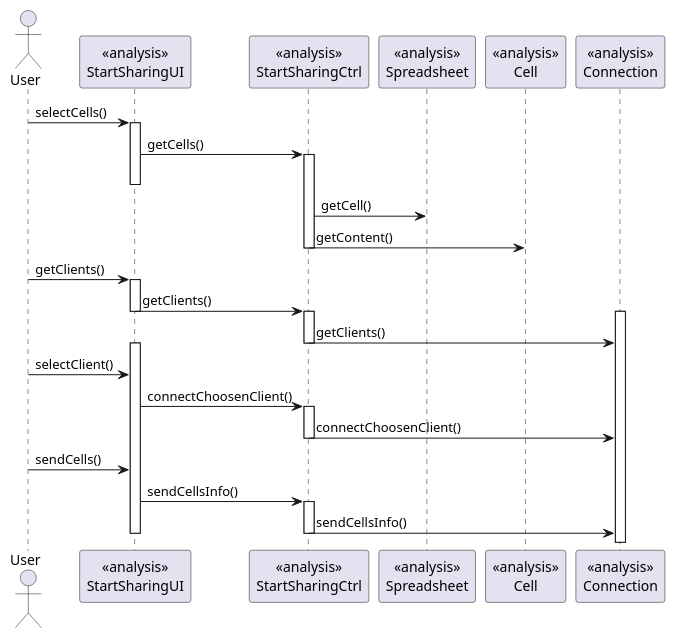
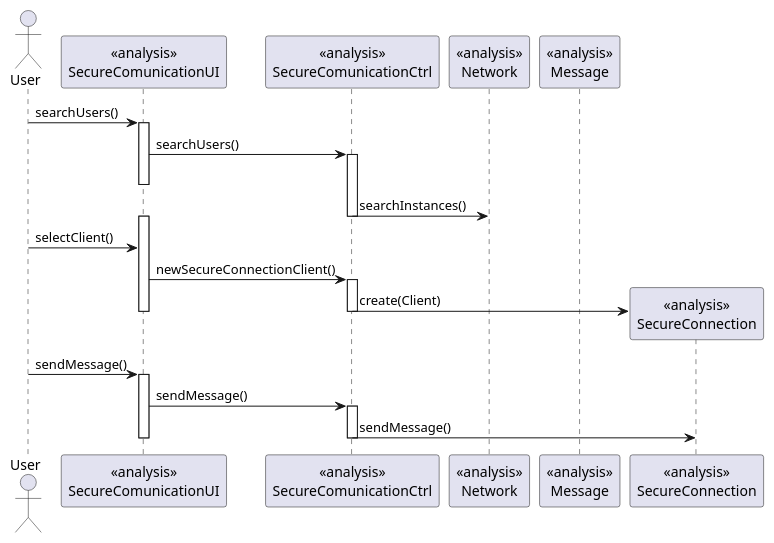
Before and after one commit to 1130348/Confusao: the diagram in src/csheets/userstories/ipc06_01/secure_comunication/i130616/ipc_06_01_analysis.puml, drawn with PlantUML. The commit also changed 1 other file, not shown here.

```diff
--- a/src/csheets/userstories/ipc06_01/secure_comunication/i130616/ipc_06_01_analysis.puml
+++ b/src/csheets/userstories/ipc06_01/secure_comunication/i130616/ipc_06_01_analysis.puml
@@ -1,37 +1,31 @@
-  @startuml doc-files/ipc01_01_analysis.png
+  @startuml doc-files/ipc06_01_analysis.png
   actor User
-  participant "<<analysis>>\nStartSharingUI" as UI
-  participant "<<analysis>>\nStartSharingCtrl" as ctrl
-  participant "<<analysis>>\nSpreadsheet" as sheet
-  participant "<<analysis>>\nCell" as cell
-  participant "<<analysis>>\nConnection" as connect
-  User -> UI : selectCells()
+  participant "<<analysis>>\nSecureComunicationUI" as UI
+  participant "<<analysis>>\nSecureComunicationCtrl" as ctrl
+  participant "<<analysis>>\nNetwork" as net
+  participant "<<analysis>>\nMessage" as msg
+  participant "<<analysis>>\nSecureConnection" as connect
+  User -> UI : searchUsers()
   activate UI
-  UI -> ctrl : getCells()
+  UI -> ctrl : searchUsers()
   activate ctrl
   deactivate UI
-  ctrl -> sheet : getCell()
-  ctrl -> cell : getContent()
-  deactivate cell
-  deactivate ctrl
-  User -> UI : getClients()
-  activate UI
-  UI -> ctrl : getClients()
-  deactivate UI
-  activate ctrl
-  activate connect
-  ctrl -> connect : getClients()
+  ctrl -> net : searchInstances()
+  deactivate net
   deactivate ctrl
   activate UI
   User -> UI : selectClient()
-  UI -> ctrl : connectChoosenClient()
+  UI -> ctrl : newSecureConnectionClient()
   activate ctrl
-  ctrl -> connect : connectChoosenClient()
+  create connect
+  ctrl -> connect : create(Client)
   deactivate ctrl
-  User -> UI : sendCells()
-  UI -> ctrl : sendCellsInfo()
+  deactivate UI
+  User -> UI : sendMessage()
+  activate UI
+  UI -> ctrl : sendMessage()
   activate ctrl
-  ctrl -> connect : sendCellsInfo()
+  ctrl -> connect : sendMessage()
   deactivate ctrl
   deactivate UI
   @enduml
```
